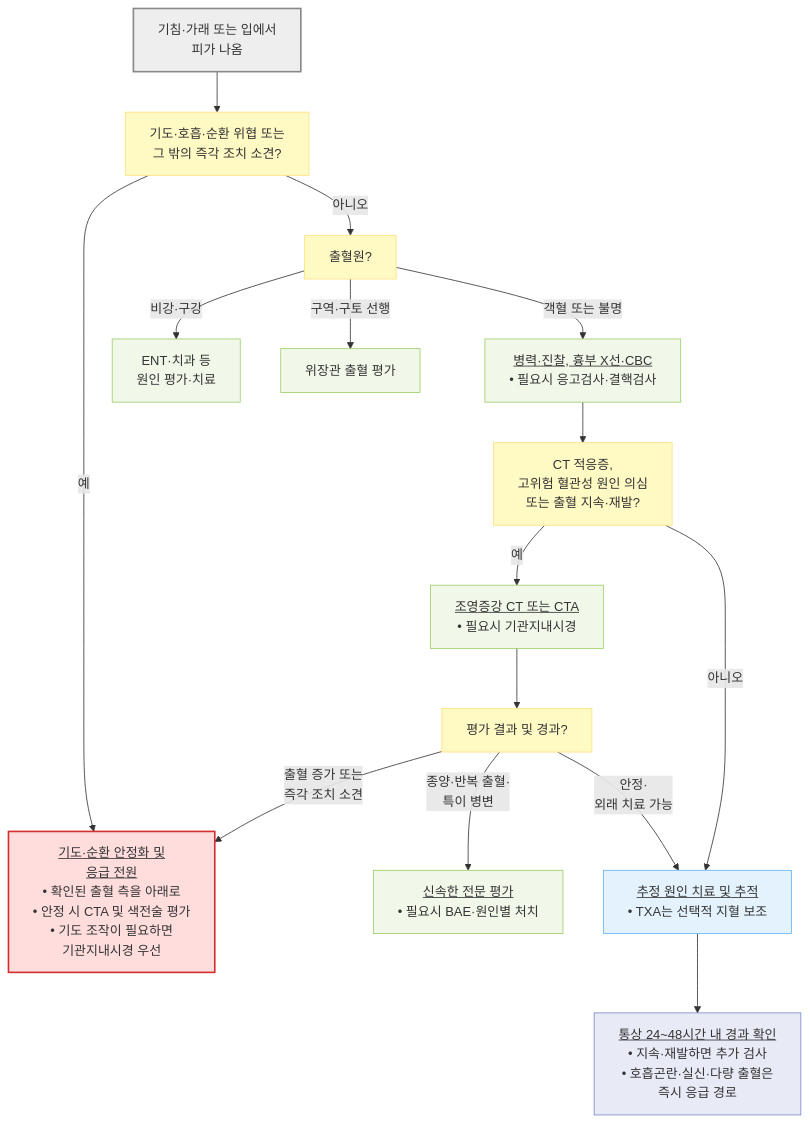
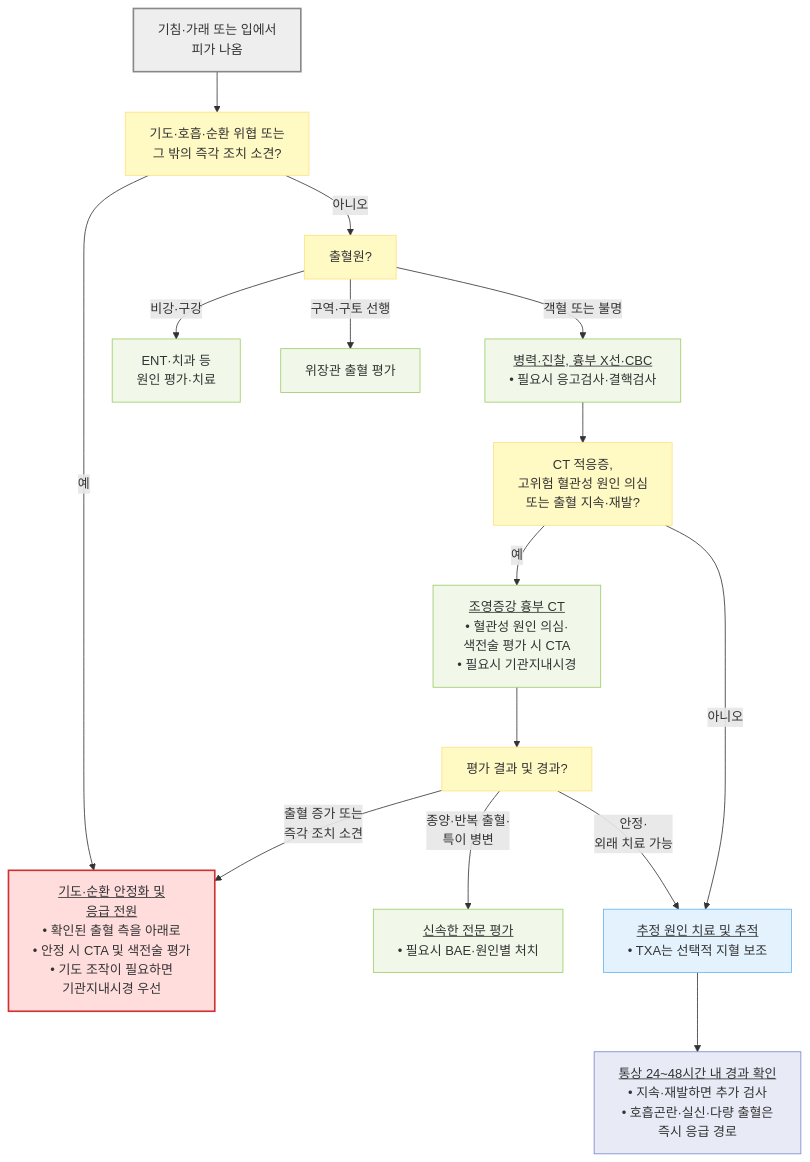
The diagram in 220_/008_-hemoptysis.md (familyoh77/familyoh77), drawn with Mermaid before and after one commit. The commit also changed other lines of this file and 5 other files, not shown here.

````diff
--- a/220_/008_-hemoptysis.md
+++ b/220_/008_-hemoptysis.md
@@ -117,30 +123,30 @@
 ```mermaid
 flowchart TD
     A["기침·가래 또는 입에서 <br/>피가 나옴"] --> E["기도·호흡·순환 위협 또는 <br/>그 밖의 즉각 조치 소견?"]
     E -- "예" --> F["<u>기도·순환 안정화 및 <br/>응급 전원</u><br/>• 확인된 출혈 측을 아래로<br/>• 안정 시 CTA 및 색전술 평가<br/>• 기도 조작이 필요하면 <br/>기관지내시경 우선"]
     E -- "아니오" --> B["출혈원?"]
     B -- "비강·구강" --> C["ENT·치과 등 <br/>원인 평가·치료"]
     B -- "구역·구토 선행" --> D["위장관 출혈 평가"]
     B -- "객혈 또는 불명" --> G["<u>병력·진찰, 흉부 X선·CBC</u><br/>• 필요시 응고검사·결핵검사"]
     G --> H["CT 적응증,<br/>고위험 혈관성 원인 의심<br/>또는 출혈 지속·재발?"]
-    H -- "예" --> I["<u>조영증강 CT 또는 CTA</u><br/>• 필요시 기관지내시경"]
+    H -- "예" --> I["<u>조영증강 흉부 CT</u><br/>• 혈관성 원인 의심·<br/>색전술 평가 시 CTA<br/>• 필요시 기관지내시경"]
     H -- "아니오" --> J["<u>추정 원인 치료 및 추적</u><br/>• TXA는 선택적 지혈 보조"]
     I --> K["평가 결과 및 경과?"]
     K -- "출혈 증가 또는<br/>즉각 조치 소견" --> F
     K -- "종양·반복 출혈·<br/>특이 병변" --> R["<u>신속한 전문 평가</u><br/>• 필요시 BAE·원인별 처치"]
     K -- "안정·<br/>외래 치료 가능" --> J
     J --> FU["<u>통상 24~48시간 내 경과 확인</u><br/>• 지속·재발하면 추가 검사<br/>• 호흡곤란·실신·다량 출혈은 <br/>즉시 응급 경로"]
 
     classDef start fill:#eeeeee,stroke:#888888,stroke-width:2px
     classDef question fill:#fff9c4,stroke:#ffe082
     classDef emergency fill:#ffdddd,stroke:#d32f2f,stroke-width:2px
     classDef evaluation fill:#f1f8e9,stroke:#9ccc65
     classDef treatment fill:#e3f2fd,stroke:#64b5f6
     classDef followup fill:#e8eaf6,stroke:#7986cb
     class A start
     class E,B,H,K question
     class F emergency
     class C,D,G,I,R evaluation
     class J treatment
     class FU followup
 ```
````
